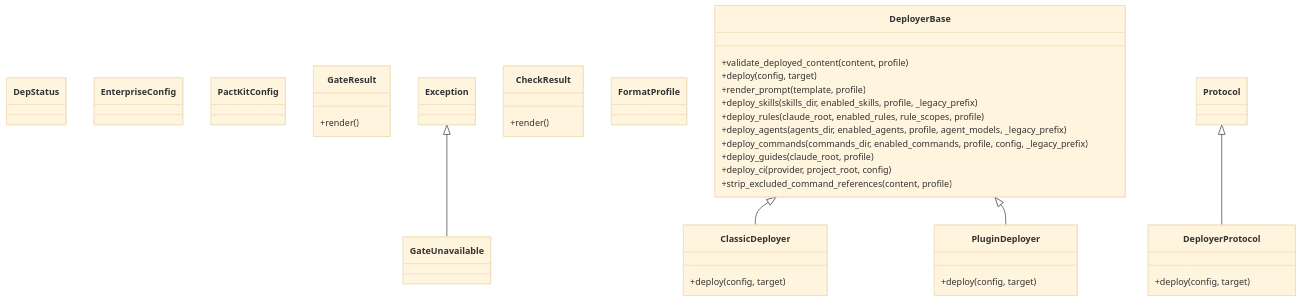
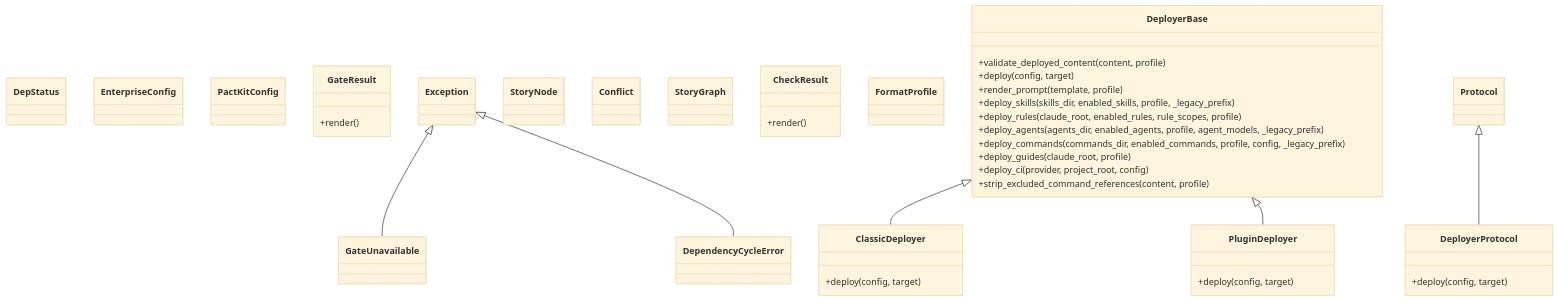
The diagram in docs/architecture/graphs/class_graph.mmd (pactkit/pactkit-src), drawn with Mermaid (base theme) before and after one commit. The commit also changed 21 other files, not shown here.

First line of the commit message:
feat(spec): Spec Dependency Surface + pactkit spec-graph (STORY-slim-143)

```diff
--- a/docs/architecture/graphs/class_graph.mmd
+++ b/docs/architecture/graphs/class_graph.mmd
@@ -1,42 +1,51 @@
 classDiagram
     class DepStatus {
     }
     class EnterpriseConfig {
     }
     class PactKitConfig {
     }
     class GateResult {
         +render()
     }
     class GateUnavailable {
     }
     Exception <|-- GateUnavailable
+    class DependencyCycleError {
+    }
+    Exception <|-- DependencyCycleError
+    class StoryNode {
+    }
+    class Conflict {
+    }
+    class StoryGraph {
+    }
     class CheckResult {
         +render()
     }
     class FormatProfile {
     }
     class ClassicDeployer {
         +deploy(config, target)
     }
     DeployerBase <|-- ClassicDeployer
     class PluginDeployer {
         +deploy(config, target)
     }
     DeployerBase <|-- PluginDeployer
     class DeployerProtocol {
         +deploy(config, target)
     }
     Protocol <|-- DeployerProtocol
     class DeployerBase {
         +validate_deployed_content(content, profile)
         +deploy(config, target)
         +render_prompt(template, profile)
         +deploy_skills(skills_dir, enabled_skills, profile, _legacy_prefix)
         +deploy_rules(claude_root, enabled_rules, rule_scopes, profile)
         +deploy_agents(agents_dir, enabled_agents, profile, agent_models, _legacy_prefix)
         +deploy_commands(commands_dir, enabled_commands, profile, config, _legacy_prefix)
         +deploy_guides(claude_root, profile)
         +deploy_ci(provider, project_root, config)
         +strip_excluded_command_references(content, profile)
     }
```
